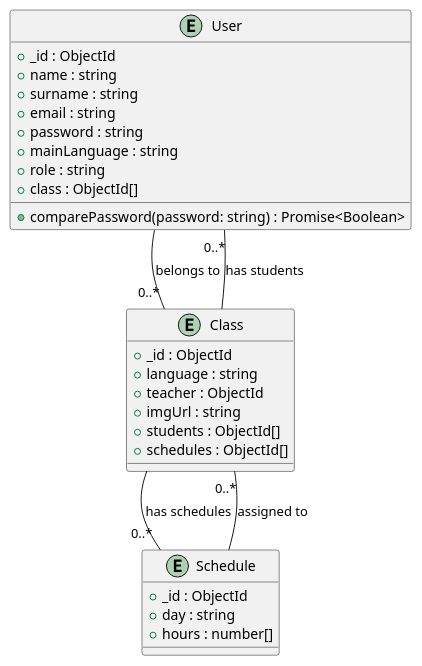
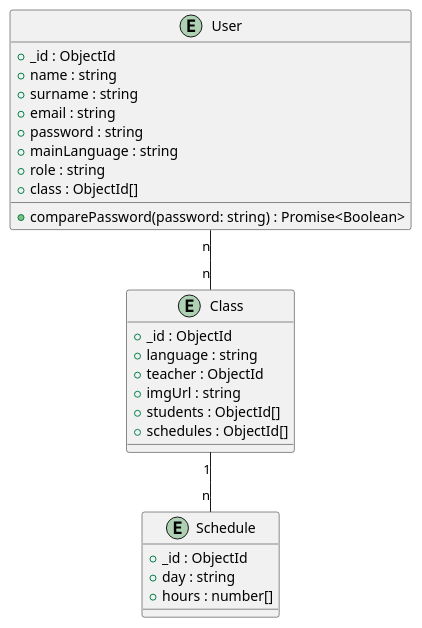
The diagram in DB.puml (borjamfcayon/languageManager), drawn with PlantUML before and after one commit. The commit also changed 48 other files, not shown here.

Commit message:
Documentación y diagrama de la base de datos

```diff
--- a/DB.puml
+++ b/DB.puml
@@ -1,35 +1,33 @@
 @startuml
 
 entity "User" as user {
   +_id : ObjectId
   +name : string
   +surname : string
   +email : string
   +password : string
   +mainLanguage : string
   +role : string
   +class : ObjectId[]
   +comparePassword(password: string) : Promise<Boolean>
 }
 
 entity "Class" as class {
   +_id : ObjectId
   +language : string
   +teacher : ObjectId
   +imgUrl : string
   +students : ObjectId[]
   +schedules : ObjectId[]
 }
 
 entity "Schedule" as schedule {
   +_id : ObjectId
   +day : string
   +hours : number[]
 }
 
-user -- "0..*" class : "belongs to"
-class -- "0..*" user : "has students"
-class -- "0..*" schedule : "has schedules"
-schedule -- "0..*" class : "assigned to"
+user "n" -- "n" class 
+class "1"-- "n" schedule 
 
 @enduml
```
